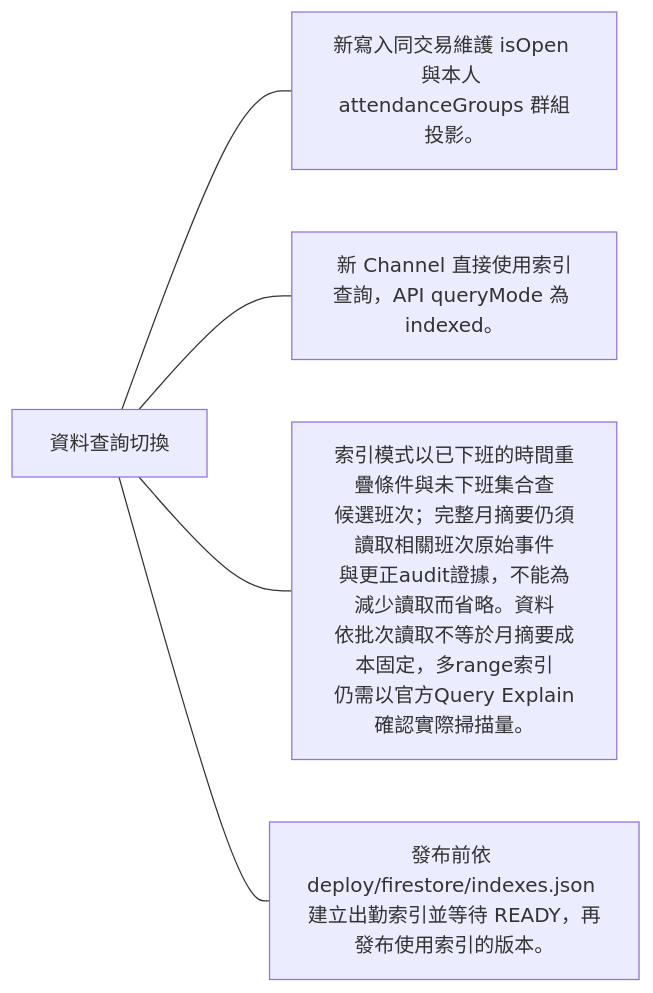
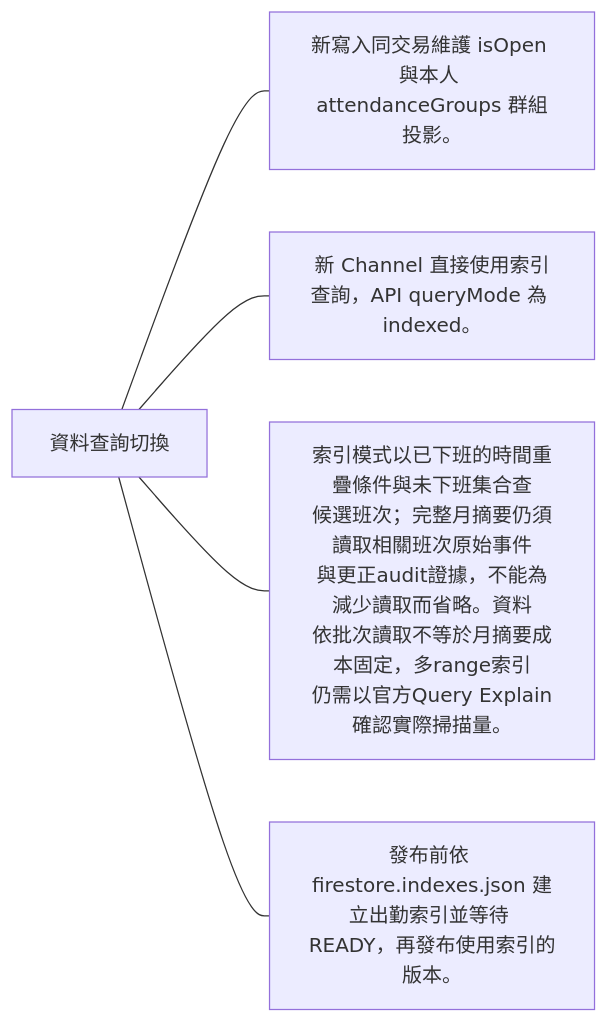
The sixth of 13 diagrams in docs/domains/attendance/queries.md (963sup/line-mini-app-bot), drawn with Mermaid before and after one commit. The commit also changed 14 other files, not shown here.

Commit message:
Move Firestore indexes to the root Firebase manifest

````diff
--- a/docs/domains/attendance/queries.md
+++ b/docs/domains/attendance/queries.md
@@ -47,8 +47,8 @@
 ```mermaid
 flowchart LR
   h["資料查詢切換"]
   h --- n0["新寫入同交易維護 isOpen 與本人 <br/>attendanceGroups 群組投影。"]
   h --- n1["新 Channel 直接使用索引查詢，API queryMode 為 indexed。"]
   h --- n2["索引模式以已下班的時間重疊條件與未下班集合查<br/>候選班次；完整月摘要仍須讀取相關班次原始事件<br/>與更正audit證據，不能為減少讀取而省略。資料<br/>依批次讀取不等於月摘要成本固定，多range索引<br/>仍需以官方Query Explain確認實際掃描量。"]
-  h --- n3["發布前依 deploy/firestore/indexes.json 建立出勤索引並等待 READY，再發布使用索引的版本。"]
+  h --- n3["發布前依 firestore.indexes.json 建立出勤索引並等待 READY，再發布使用索引的版本。"]
 ```
````
